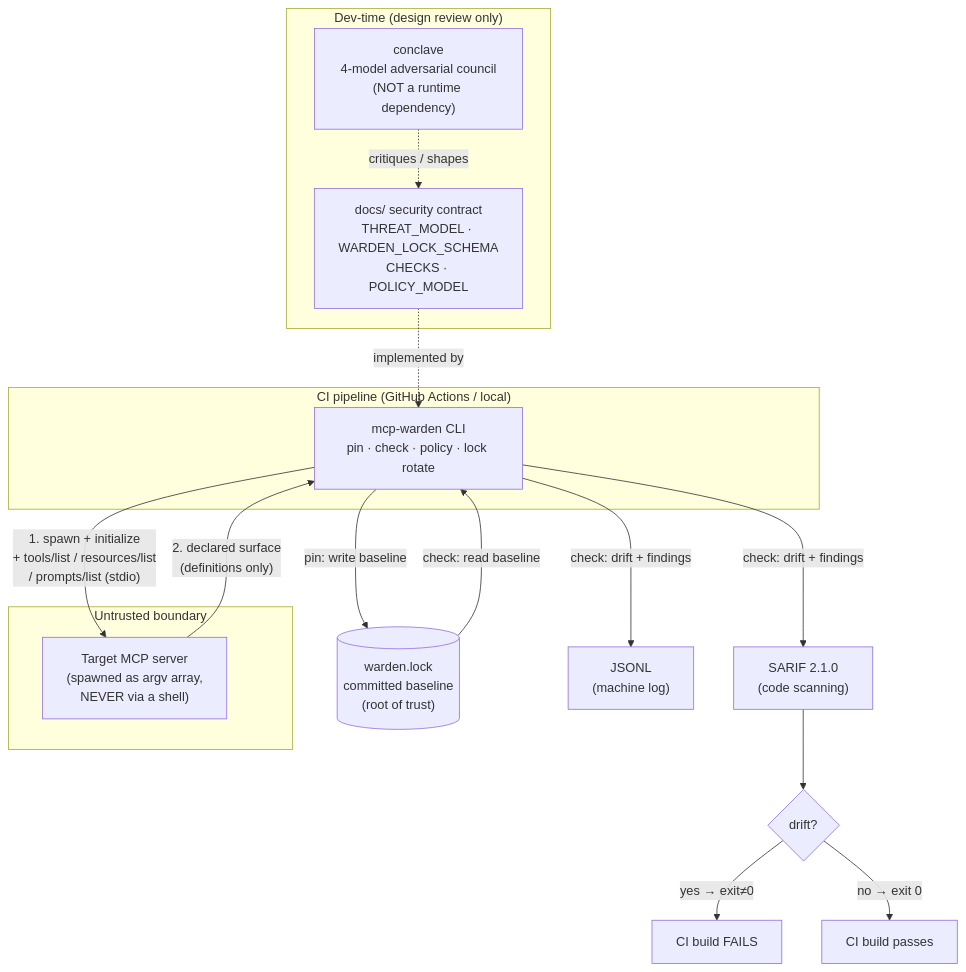
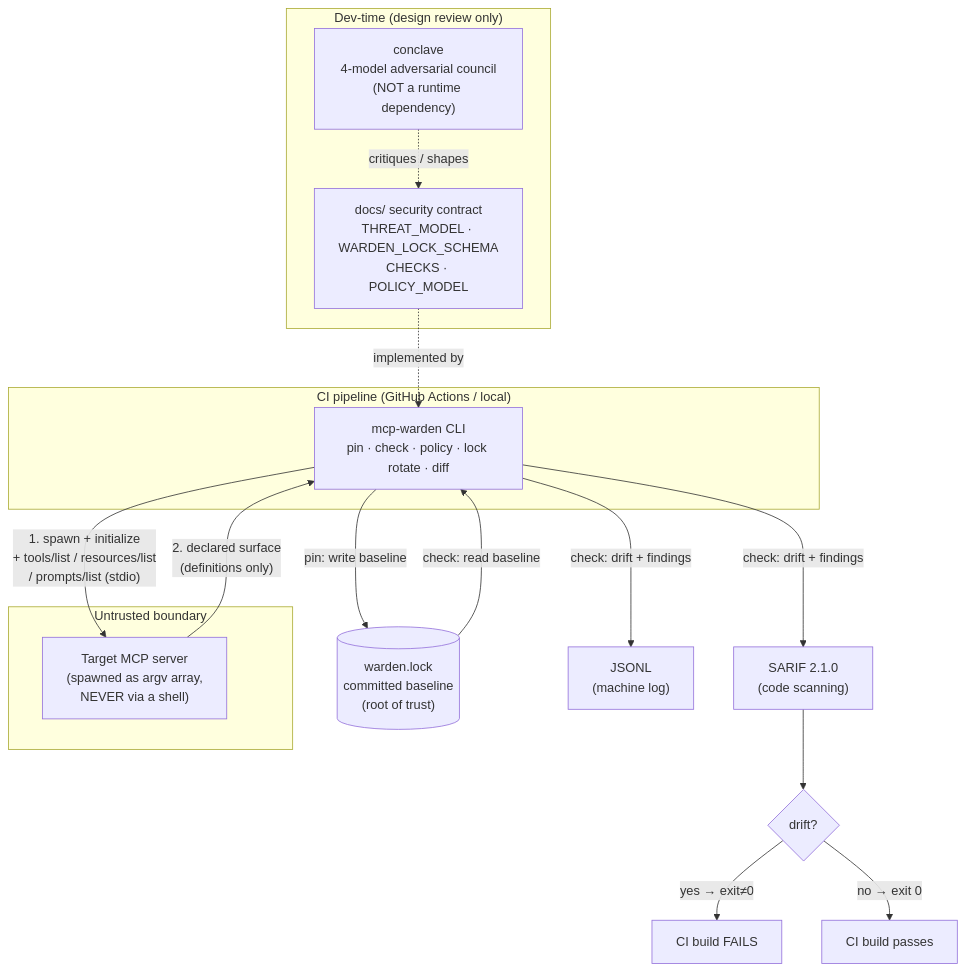
The first of 3 diagrams in SYSTEM_CONTEXT_DIAGRAM.md (ernestprovo23/mcp-warden), drawn with Mermaid before and after one commit. The commit also changed other lines of this file and 7 other files, not shown here.

First line of the commit message:
feat(#20): warden diff — human-readable, redacted lock comparison (#32)

````diff
--- a/SYSTEM_CONTEXT_DIAGRAM.md
+++ b/SYSTEM_CONTEXT_DIAGRAM.md
@@ -24,34 +28,34 @@
 ```mermaid
 flowchart TB
     subgraph dev["Dev-time (design review only)"]
         conclave["conclave\n4-model adversarial council\n(NOT a runtime dependency)"]
         specs["docs/ security contract\nTHREAT_MODEL · WARDEN_LOCK_SCHEMA\nCHECKS · POLICY_MODEL"]
         conclave -. "critiques / shapes" .-> specs
     end
 
     subgraph ci["CI pipeline (GitHub Actions / local)"]
-        warden["mcp-warden CLI\npin · check · policy · lock rotate"]
+        warden["mcp-warden CLI\npin · check · policy · lock rotate · diff"]
     end
 
     subgraph target["Untrusted boundary"]
         server["Target MCP server\n(spawned as argv array,\nNEVER via a shell)"]
     end
 
     repo[("warden.lock\ncommitted baseline\n(root of trust)")]
     sarif["SARIF 2.1.0\n(code scanning)"]
     jsonl["JSONL\n(machine log)"]
 
     specs -. "implemented by" .-> warden
 
     warden -- "1. spawn + initialize\n+ tools/list / resources/list\n/ prompts/list  (stdio)" --> server
     server -- "2. declared surface\n(definitions only)" --> warden
 
     warden -- "pin: write baseline" --> repo
     repo -- "check: read baseline" --> warden
     warden -- "check: drift + findings" --> sarif
     warden -- "check: drift + findings" --> jsonl
 
     sarif --> gate{"drift?"}
     gate -- "yes → exit≠0" --> failci["CI build FAILS"]
     gate -- "no → exit 0" --> passci["CI build passes"]
 ```
````
